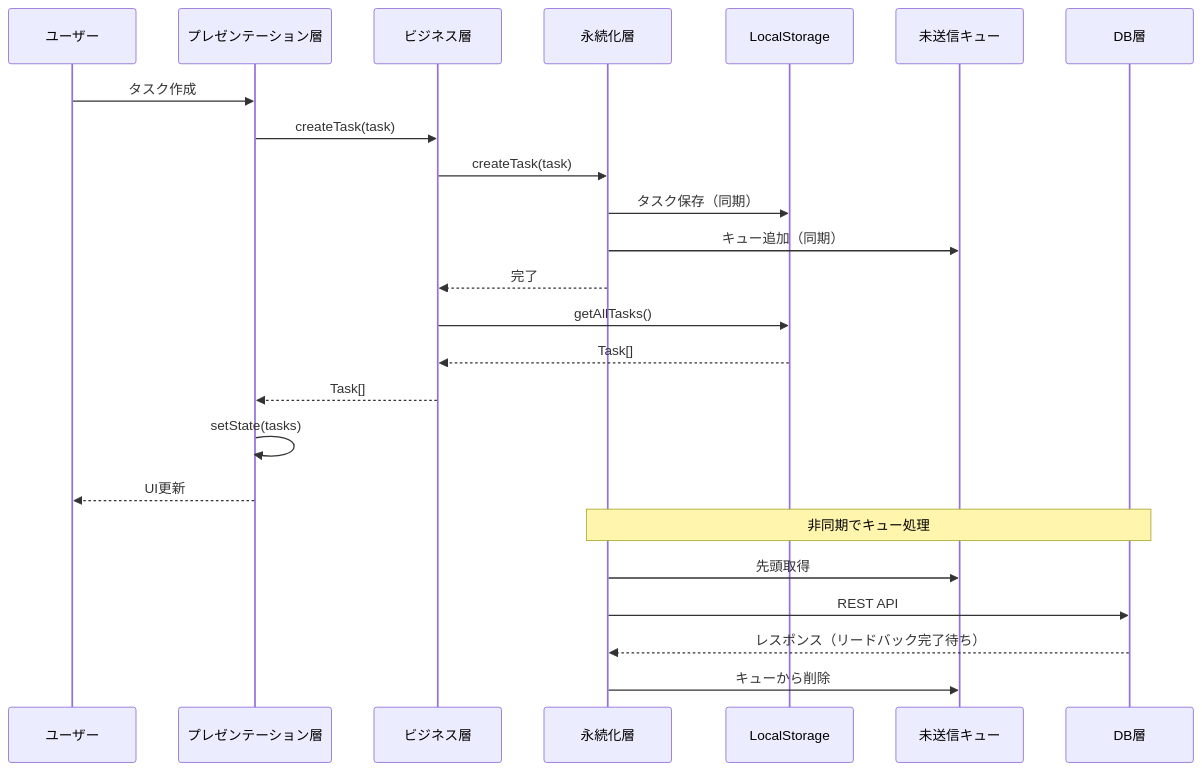
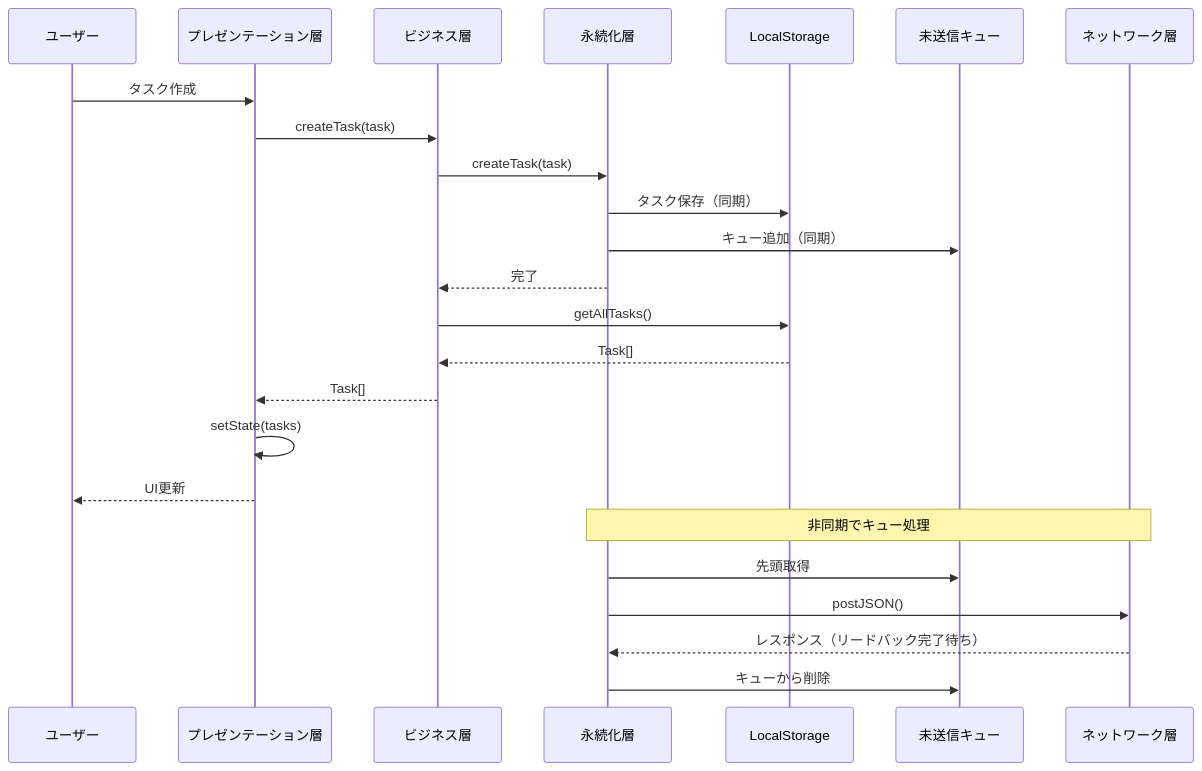
The third of 3 diagrams in doc/04_ARCHETECTURE.md (osawa-naotaka/vanishtodo), drawn with Mermaid before and after one commit. The commit also changed other lines of this file, not shown here.

````diff
--- a/doc/04_ARCHETECTURE.md
+++ b/doc/04_ARCHETECTURE.md
@@ -324,28 +347,28 @@
 ```mermaid
 sequenceDiagram
     participant User as ユーザー
     participant PL as プレゼンテーション層
     participant BL as ビジネス層
     participant SL as 永続化層
     participant LS as LocalStorage
     participant Q as 未送信キュー
-    participant DB as DB層
+    participant DB as ネットワーク層
 
     User->>PL: タスク作成
     PL->>BL: createTask(task)
     BL->>SL: createTask(task)
     SL->>LS: タスク保存（同期）
     SL->>Q: キュー追加（同期）
     SL-->>BL: 完了
     BL->>LS: getAllTasks()
     LS-->>BL: Task[]
     BL-->>PL: Task[]
     PL->>PL: setState(tasks)
     PL-->>User: UI更新
     
     Note over SL,DB: 非同期でキュー処理
     SL->>Q: 先頭取得
-    SL->>DB: REST API
+    SL->>DB: postJSON()
     DB-->>SL: レスポンス（リードバック完了待ち）
     SL->>Q: キューから削除
 ```
````
